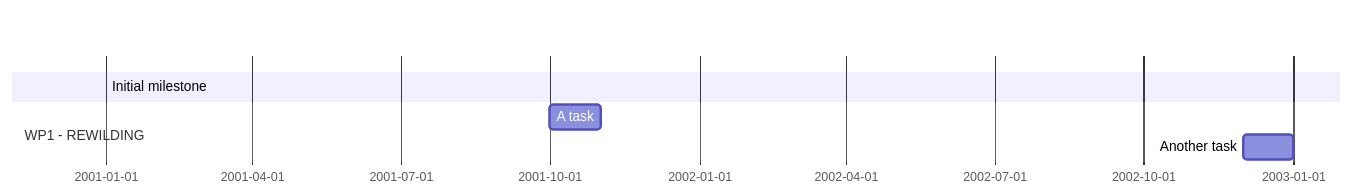
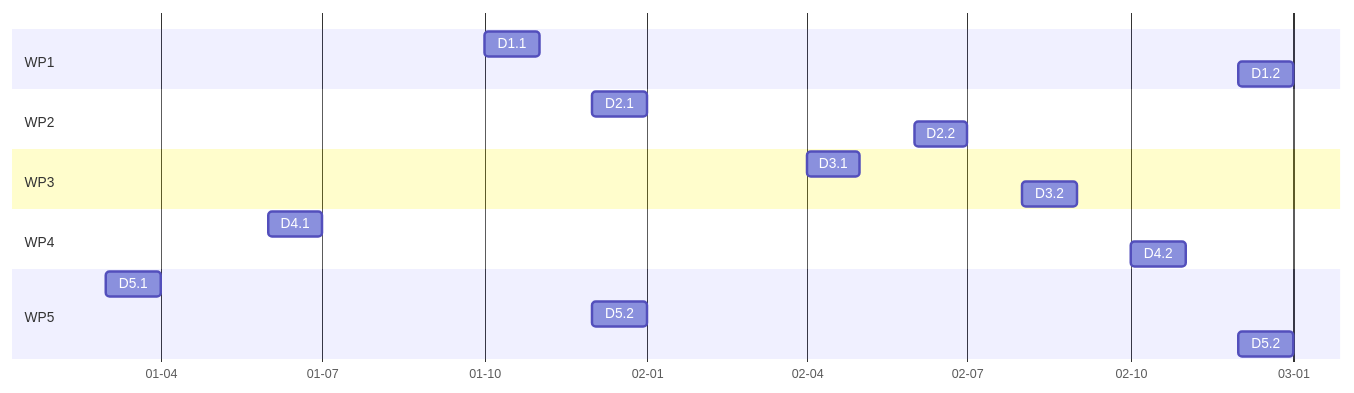
Before and after one commit to REWILD-FIRE/rewild_fire_website: the diagram in content/deliverables/index.md, drawn with Mermaid.

Commit message:
Update index.md
Complete the gant chart

````diff
--- a/content/deliverables/index.md
+++ b/content/deliverables/index.md
@@ -13,8 +13,21 @@
 ```mermaid
 gantt
   dateFormat  YY-MM
-  Initial milestone : m1, 01-01, 0M
-  section WP1 - REWILDING
-  A task           : 01-10, 1M
-  Another task     : 02-12, 1M
+  axisFormat %y-%m
+  section WP1
+  D1.1     : 01-10, 1M
+  D1.2     : 02-12, 1M
+  section WP2
+  D2.1     : 01-12, 1M
+  D2.2     : 02-06, 1M
+  section WP3
+  D3.1     : 02-04, 1M
+  D3.2     : 02-08, 1M
+  section WP4
+  D4.1     : 01-06, 1M
+  D4.2     : 02-10, 1M
+  section WP5
+  D5.1     : 01-03, 1M
+  D5.2     : 01-12, 1M
+  D5.2     : 02-12, 1M
 ```
````
